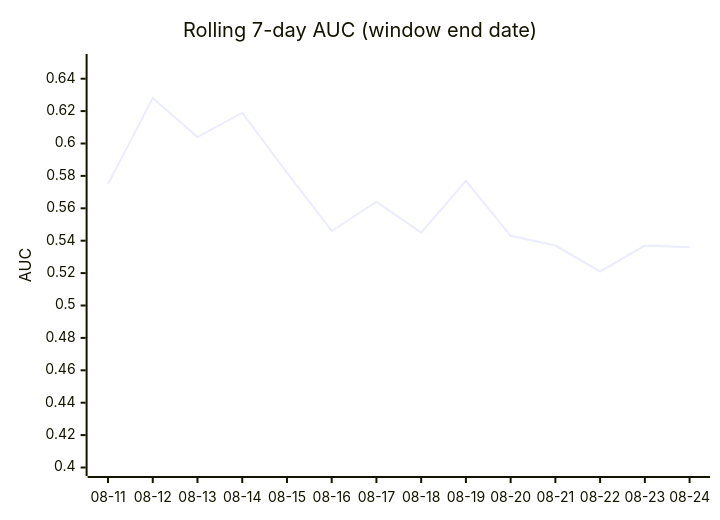
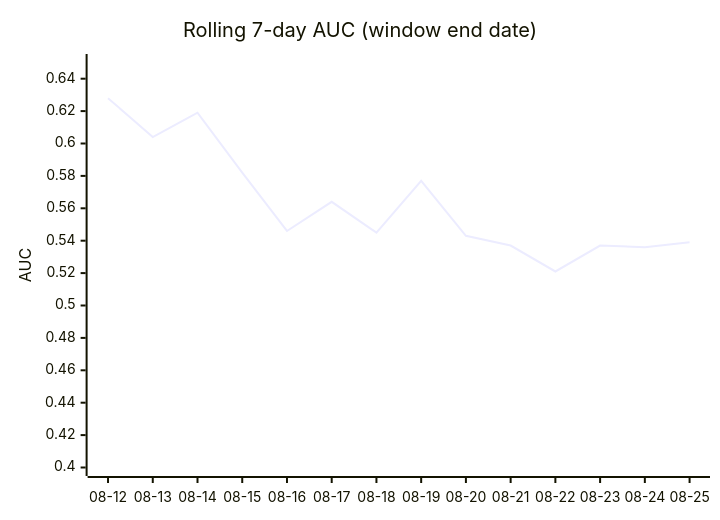
Before and after one commit to dpk1212/nhl-savant: the third of 4 diagrams in DAILY_AGSU_REPORT.md, drawn with Mermaid. The commit also changed other lines of this file, not shown here.

````diff
--- a/DAILY_AGSU_REPORT.md
+++ b/DAILY_AGSU_REPORT.md
@@ -840,7 +837,7 @@
 ```mermaid
 xychart-beta
     title "Rolling 7-day AUC (window end date)"
-    x-axis ["08-11", "08-12", "08-13", "08-14", "08-15", "08-16", "08-17", "08-18", "08-19", "08-20", "08-21", "08-22", "08-23", "08-24"]
+    x-axis ["08-12", "08-13", "08-14", "08-15", "08-16", "08-17", "08-18", "08-19", "08-20", "08-21", "08-22", "08-23", "08-24", "08-25"]
     y-axis "AUC" 0.4 --> 0.65
-    line [0.575, 0.628, 0.604, 0.619, 0.582, 0.546, 0.564, 0.545, 0.577, 0.543, 0.537, 0.521, 0.537, 0.536]
+    line [0.628, 0.604, 0.619, 0.582, 0.546, 0.564, 0.545, 0.577, 0.543, 0.537, 0.521, 0.537, 0.536, 0.539]
 ```
````
